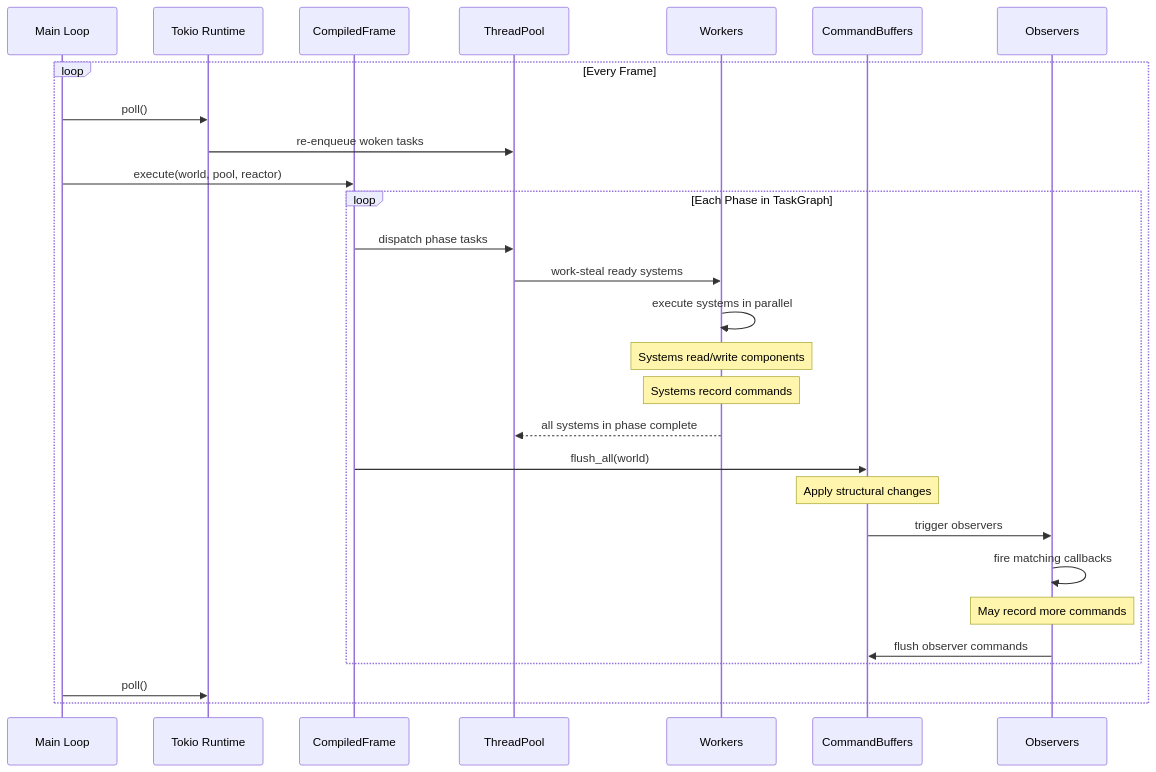
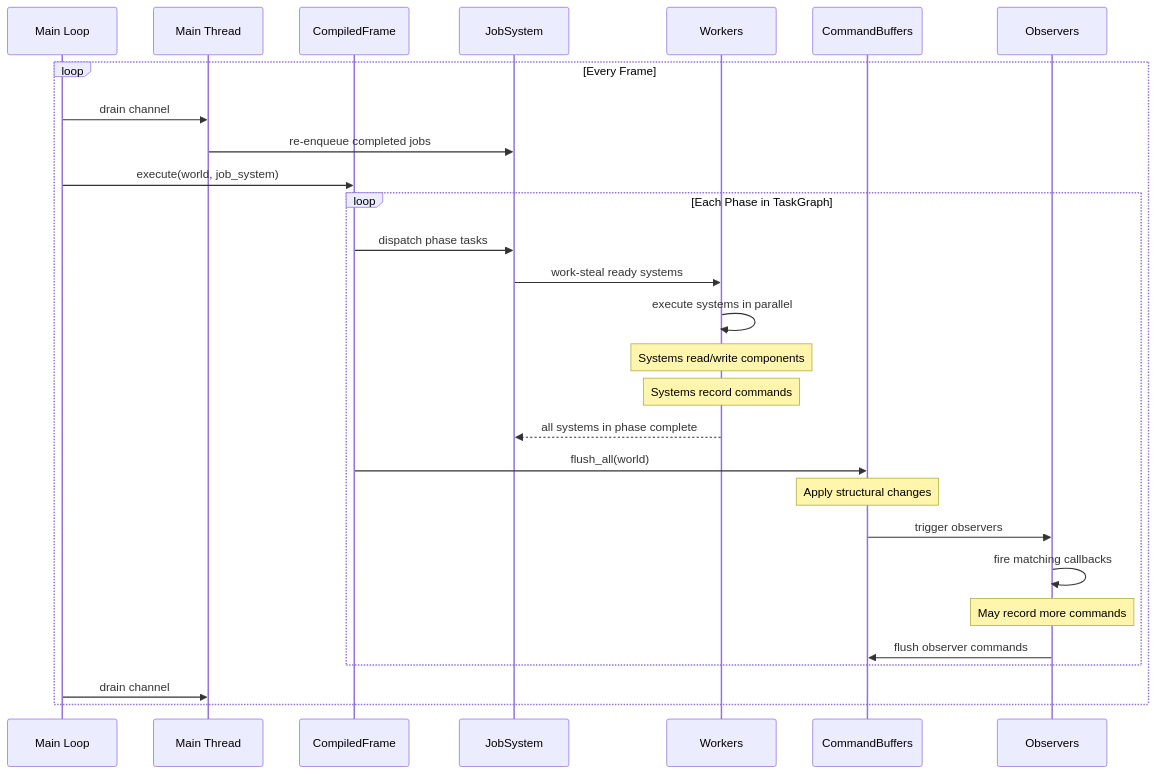
Before and after one commit to harmonius-dev/harmonius: the sixth of 9 diagrams in docs/design/core-runtime/ecs.md, drawn with Mermaid. The commit also changed other lines of this file and 174 other files, not shown here.

````diff
--- a/docs/design/core-runtime/ecs.md
+++ b/docs/design/core-runtime/ecs.md
@@ -2327,35 +2399,35 @@
 ```mermaid
 sequenceDiagram
     participant ML as Main Loop
-    participant RE as Tokio Runtime
+    participant MT as Main Thread
     participant CF as CompiledFrame
-    participant TP as ThreadPool
+    participant JS as JobSystem
     participant W as Workers
     participant CB as CommandBuffers
     participant OB as Observers
 
     loop Every Frame
-        ML->>RE: poll()
-        RE->>TP: re-enqueue woken tasks
+        ML->>MT: drain channel
+        MT->>JS: re-enqueue completed jobs
 
-        ML->>CF: execute(world, pool, reactor)
+        ML->>CF: execute(world, job_system)
 
         loop Each Phase in TaskGraph
-            CF->>TP: dispatch phase tasks
-            TP->>W: work-steal ready systems
+            CF->>JS: dispatch phase tasks
+            JS->>W: work-steal ready systems
             W->>W: execute systems in parallel
             Note over W: Systems read/write components
             Note over W: Systems record commands
-            W-->>TP: all systems in phase complete
+            W-->>JS: all systems in phase complete
 
             CF->>CB: flush_all(world)
             Note over CB: Apply structural changes
             CB->>OB: trigger observers
             OB->>OB: fire matching callbacks
             Note over OB: May record more commands
             OB->>CB: flush observer commands
         end
 
-        ML->>RE: poll()
+        ML->>MT: drain channel
     end
 ```
````
